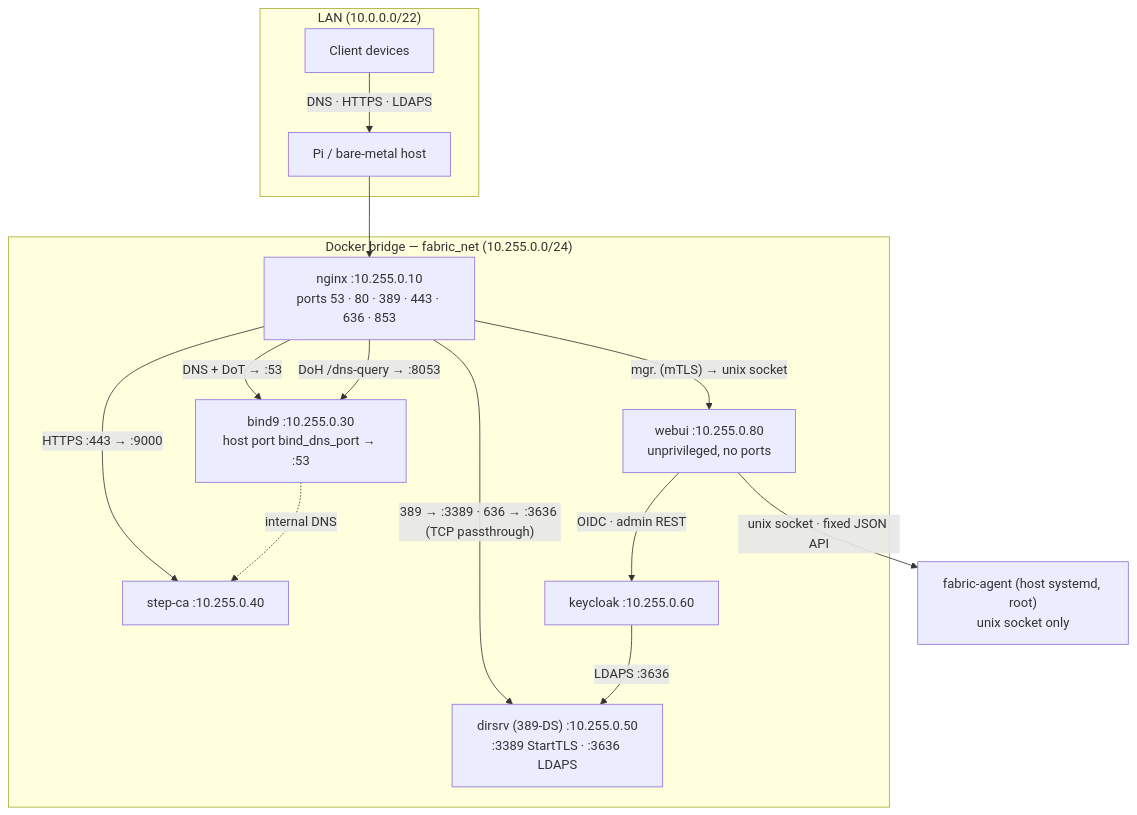
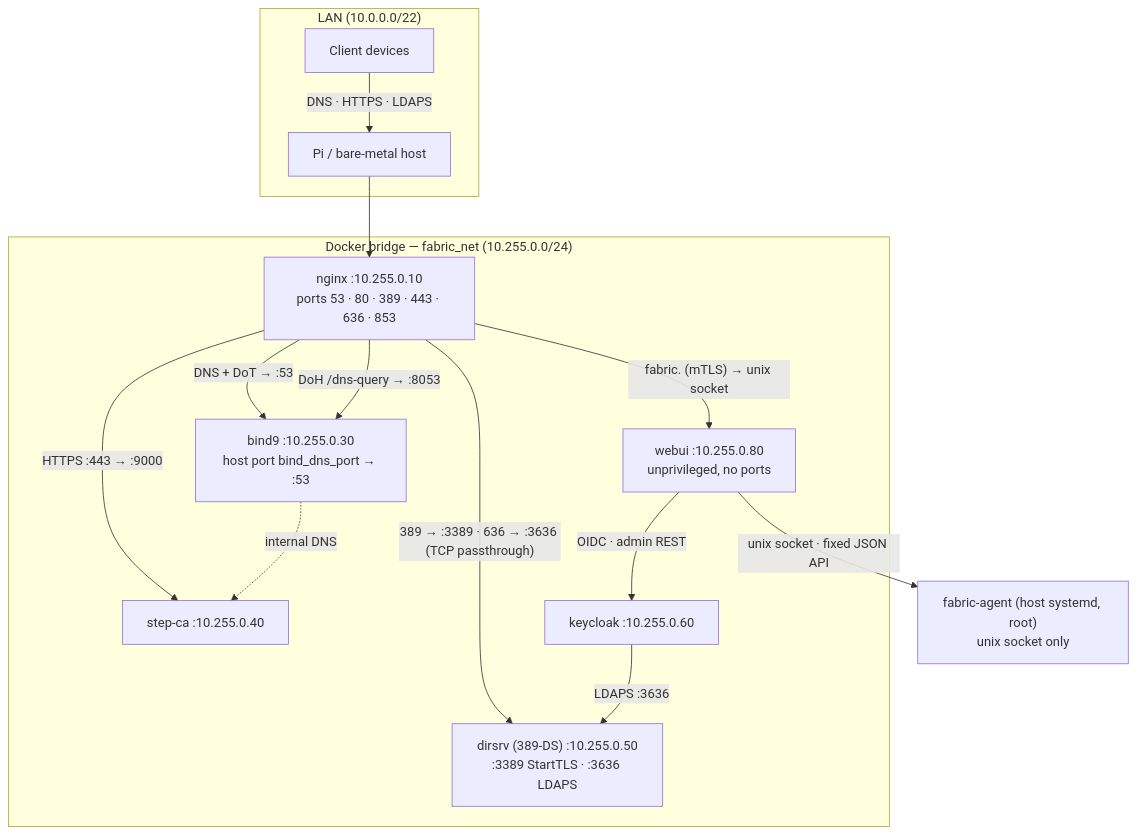
The first of 3 diagrams in docs/architecture.md (archdukejim/open-fabric), drawn with Mermaid before and after one commit. The commit also changed other lines of this file and 39 other files, not shown here.

````diff
--- a/docs/architecture.md
+++ b/docs/architecture.md
@@ -122,30 +122,30 @@
 ```mermaid
 graph TB
     subgraph LAN["LAN (10.0.0.0/22)"]
         CLIENT[Client devices]
         HOST[Pi / bare-metal host]
     end
 
     subgraph FABRIC["Docker bridge — fabric_net (10.255.0.0/24)"]
         NGINX["nginx :10.255.0.10\nports 53 · 80 · 389 · 443 · 636 · 853"]
         BIND9["bind9 :10.255.0.30\nhost port bind_dns_port → :53"]
         STEPCA["step-ca :10.255.0.40"]
         LDAP["dirsrv (389-DS) :10.255.0.50\n:3389 StartTLS · :3636 LDAPS"]
         KC["keycloak :10.255.0.60"]
         WEB["webui :10.255.0.80\nunprivileged, no ports"]
     end
 
     AGENT["fabric-agent (host systemd, root)\nunix socket only"]
 
     CLIENT -->|"DNS · HTTPS · LDAPS"| HOST
     HOST --> NGINX
     NGINX -->|"DNS + DoT → :53"| BIND9
     NGINX -->|"DoH /dns-query → :8053"| BIND9
     NGINX -->|"389 → :3389 · 636 → :3636 (TCP passthrough)"| LDAP
-    NGINX -->|"mgr.<domain> (mTLS) → unix socket"| WEB
+    NGINX -->|"fabric.<domain> (mTLS) → unix socket"| WEB
     WEB -->|"OIDC · admin REST"| KC
     WEB -->|"unix socket · fixed JSON API"| AGENT
     KC -->|"LDAPS :3636"| LDAP
     NGINX -->|"HTTPS :443 → :9000"| STEPCA
     BIND9 -.->|"internal DNS"| STEPCA
 ```
````
